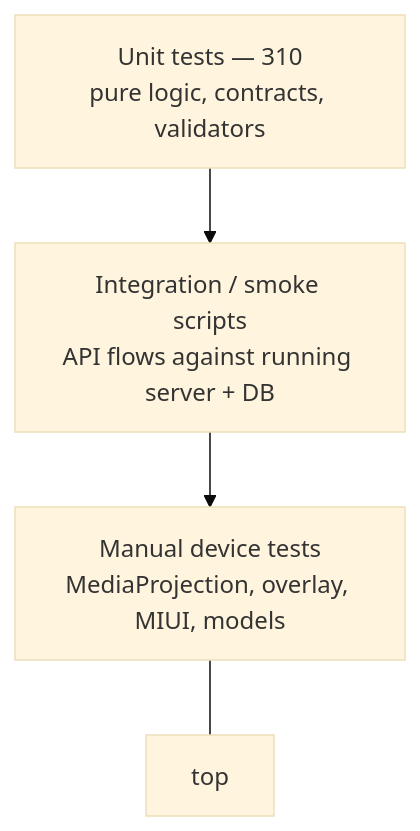
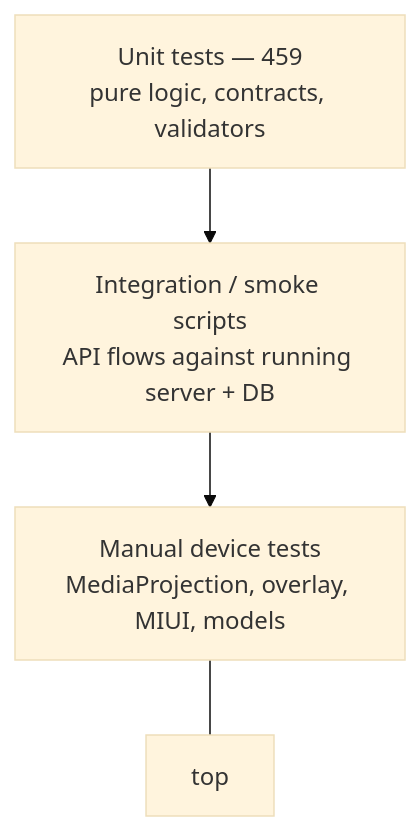
One commit to Helmi-Megdiche/PFE_optimization changed the diagram in docs/testing_strategy.md. Above: the diagram before and after it, drawn with Mermaid (base theme). The commit also changed other lines of this file and 5 other files, not shown here.

````diff
--- a/docs/testing_strategy.md
+++ b/docs/testing_strategy.md
@@ -39,7 +39,7 @@
 ```mermaid
 graph TB
     M[Manual device tests<br/>MediaProjection, overlay, MIUI, models] --- top
     I[Integration / smoke scripts<br/>API flows against running server + DB]
-    U[Unit tests — 310<br/>pure logic, contracts, validators]
+    U[Unit tests — 459<br/>pure logic, contracts, validators]
     U --> I --> M
 ```
````
